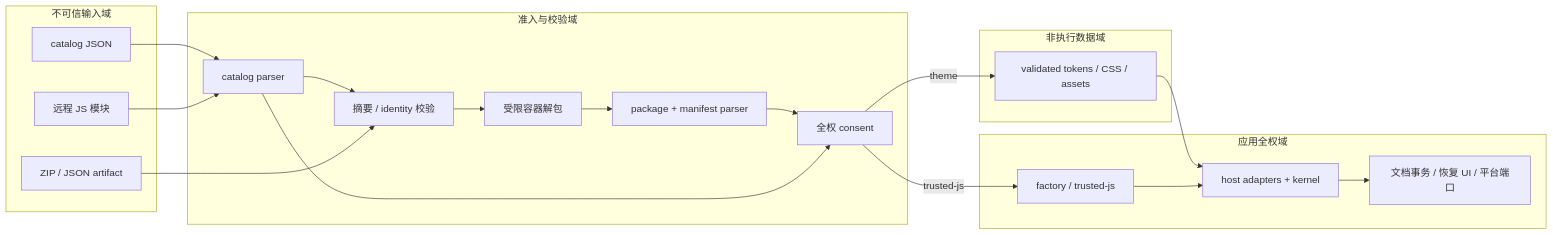
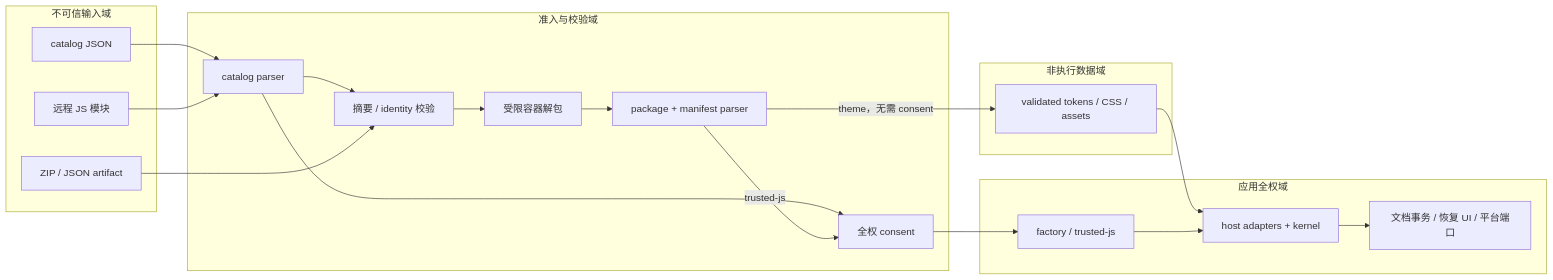
Before and after one commit to Xionghaizi001/amll-ttml-tool: the fourth of 4 diagrams in PLUGIN.md, drawn with Mermaid. The commit also changed other lines of this file and 7 other files, not shown here.

Commit message:
plugin: dependency schema

````diff
--- a/PLUGIN.md
+++ b/PLUGIN.md
@@ -366,34 +390,34 @@
 ```mermaid
 flowchart LR
     subgraph U[不可信输入域]
         CAT[catalog JSON]
         ART[ZIP / JSON artifact]
         MOD[远程 JS 模块]
     end
 
     subgraph G[准入与校验域]
         CP[catalog parser]
         HASH[摘要 / identity 校验]
         UNPACK[受限容器解包]
         PARSE[package + manifest parser]
         DECIDE[全权 consent]
     end
 
 
     subgraph T[非执行数据域]
         THEME[validated tokens / CSS / assets]
     end
 
     subgraph F[应用全权域]
         JS[factory / trusted-js]
         HOST[host adapters + kernel]
         CORE[文档事务 / 恢复 UI / 平台端口]
     end
 
     CAT --> CP --> HASH
-    ART --> HASH --> UNPACK --> PARSE --> DECIDE
+    ART --> HASH --> UNPACK --> PARSE
     MOD --> CP --> DECIDE
-    DECIDE -->|theme| THEME --> HOST
-    DECIDE -->|trusted-js| JS --> HOST
+    PARSE -->|theme，无需 consent| THEME --> HOST
+    PARSE -->|trusted-js| DECIDE --> JS --> HOST
     HOST --> CORE
 ```
````
